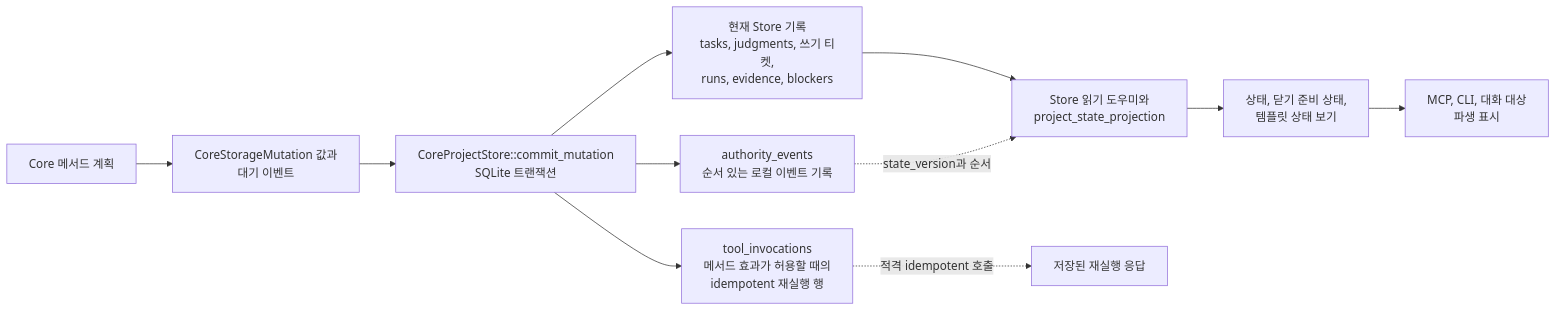
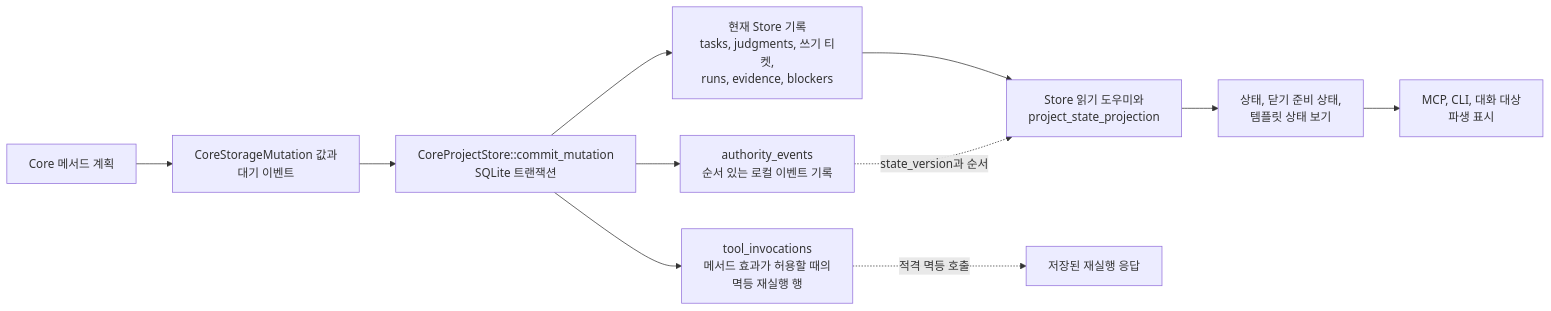
Before and after one commit to minjungw00/Volicord: the diagram in docs/ko/architecture-guide/storage-and-transactions.md, drawn with Mermaid. The commit also changed other lines of this file and 9 other files, not shown here.

Commit message:
docs: naturalize Korean architecture details

````diff
--- a/docs/ko/architecture-guide/storage-and-transactions.md
+++ b/docs/ko/architecture-guide/storage-and-transactions.md
@@ -64,21 +64,21 @@
 ```mermaid
 flowchart LR
   planner["Core 메서드 계획"]
   mutations["CoreStorageMutation 값과<br/>대기 이벤트"]
   commit["CoreProjectStore::commit_mutation<br/>SQLite 트랜잭션"]
   current["현재 Store 기록<br/>tasks, judgments, 쓰기 티켓,<br/>runs, evidence, blockers"]
   events["authority_events<br/>순서 있는 로컬 이벤트 기록"]
-  replay["tool_invocations<br/>메서드 효과가 허용할 때의<br/>idempotent 재실행 행"]
+  replay["tool_invocations<br/>메서드 효과가 허용할 때의<br/>멱등 재실행 행"]
   reads["Store 읽기 도우미와<br/>project_state_projection"]
   projection["상태, 닫기 준비 상태,<br/>템플릿 상태 보기"]
   display["MCP, CLI, 대화 대상<br/>파생 표시"]
   stored["저장된 재실행 응답"]
 
   planner --> mutations --> commit
   commit --> current
   commit --> events
   commit --> replay
   current --> reads --> projection --> display
   events -. state_version과 순서 .-> reads
-  replay -. 적격 idempotent 호출 .-> stored
+  replay -. 적격 멱등 호출 .-> stored
 ```
````
